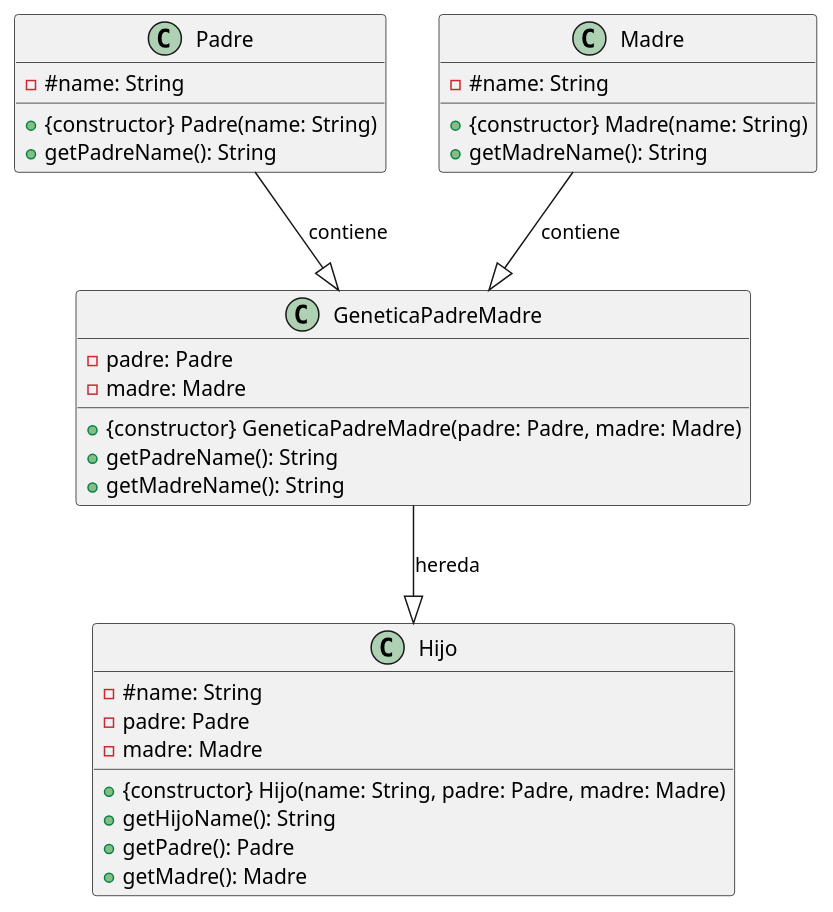
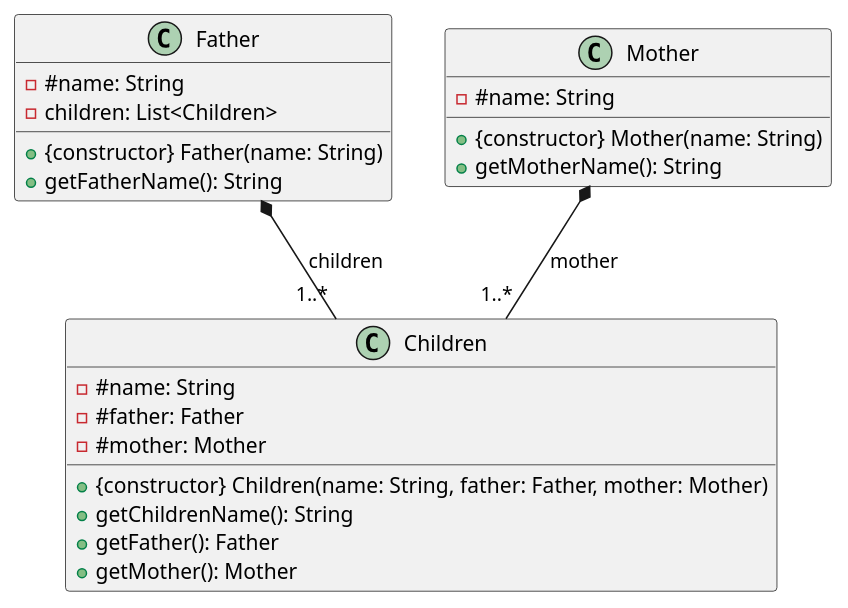
The diagram in Herencia/HerenciaMultiple.plantUML (valleria-web/EjerciciosMaster), drawn with PlantUML before and after one commit. The commit also changed 1 other file, not shown here.

```diff
--- a/Herencia/HerenciaMultiple.plantUML
+++ b/Herencia/HerenciaMultiple.plantUML
@@ -1,37 +1,29 @@
 @startuml
 
-class Padre {
+class Father {
   - #name: String
-  + {constructor} Padre(name: String)
-  + getPadreName(): String
+  - children: List<Children>
+  + {constructor} Father(name: String)
+  + getFatherName(): String
 }
 
-class Madre {
+class Mother {
   - #name: String
-  + {constructor} Madre(name: String)
-  + getMadreName(): String
+  + {constructor} Mother(name: String)
+  + getMotherName(): String
 }
 
-class GeneticaPadreMadre {
-  - padre: Padre
-  - madre: Madre
-  + {constructor} GeneticaPadreMadre(padre: Padre, madre: Madre)
-  + getPadreName(): String
-  + getMadreName(): String
+class Children {
+  - #name: String
+  - #father: Father
+  - #mother: Mother
+  + {constructor} Children(name: String, father: Father, mother: Mother)
+  + getChildrenName(): String
+  + getFather(): Father
+  + getMother(): Mother
 }
 
-class Hijo {
-  - #name: String
-  - padre: Padre
-  - madre: Madre
-  + {constructor} Hijo(name: String, padre: Padre, madre: Madre)
-  + getHijoName(): String
-  + getPadre(): Padre
-  + getMadre(): Madre
-}
-
-Padre --|> GeneticaPadreMadre: contiene
-Madre --|> GeneticaPadreMadre: contiene
-GeneticaPadreMadre --|> Hijo: hereda
+Father *-- "1..*" Children: children
+Mother *-- "1..*" Children: mother
 
 @enduml
```
